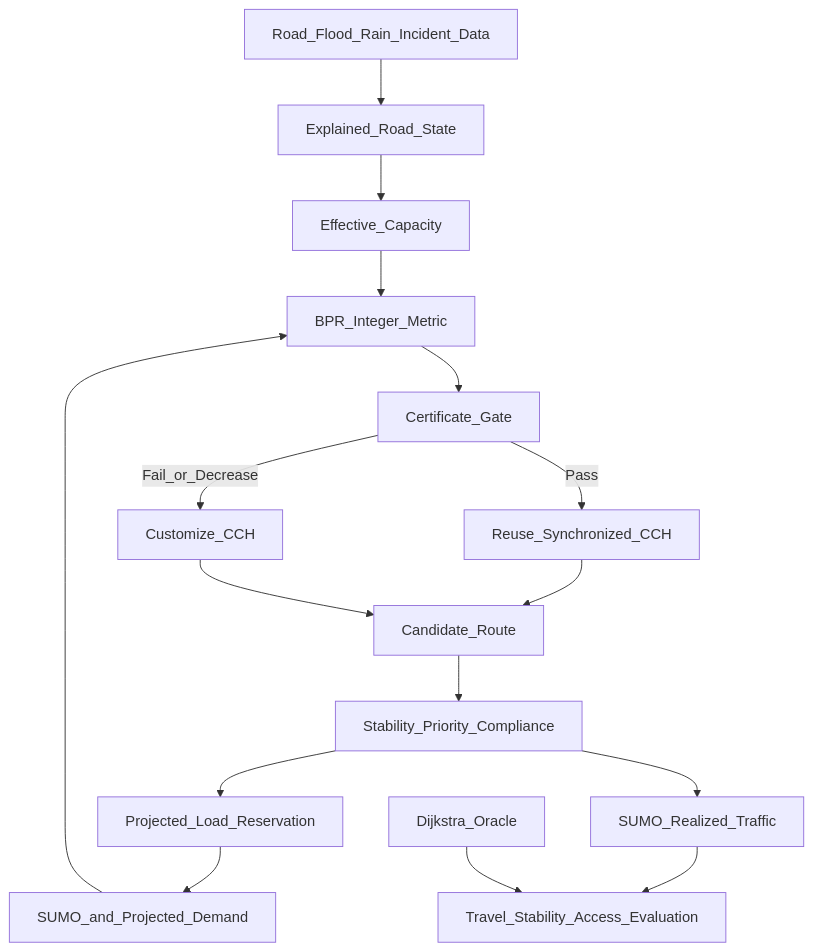
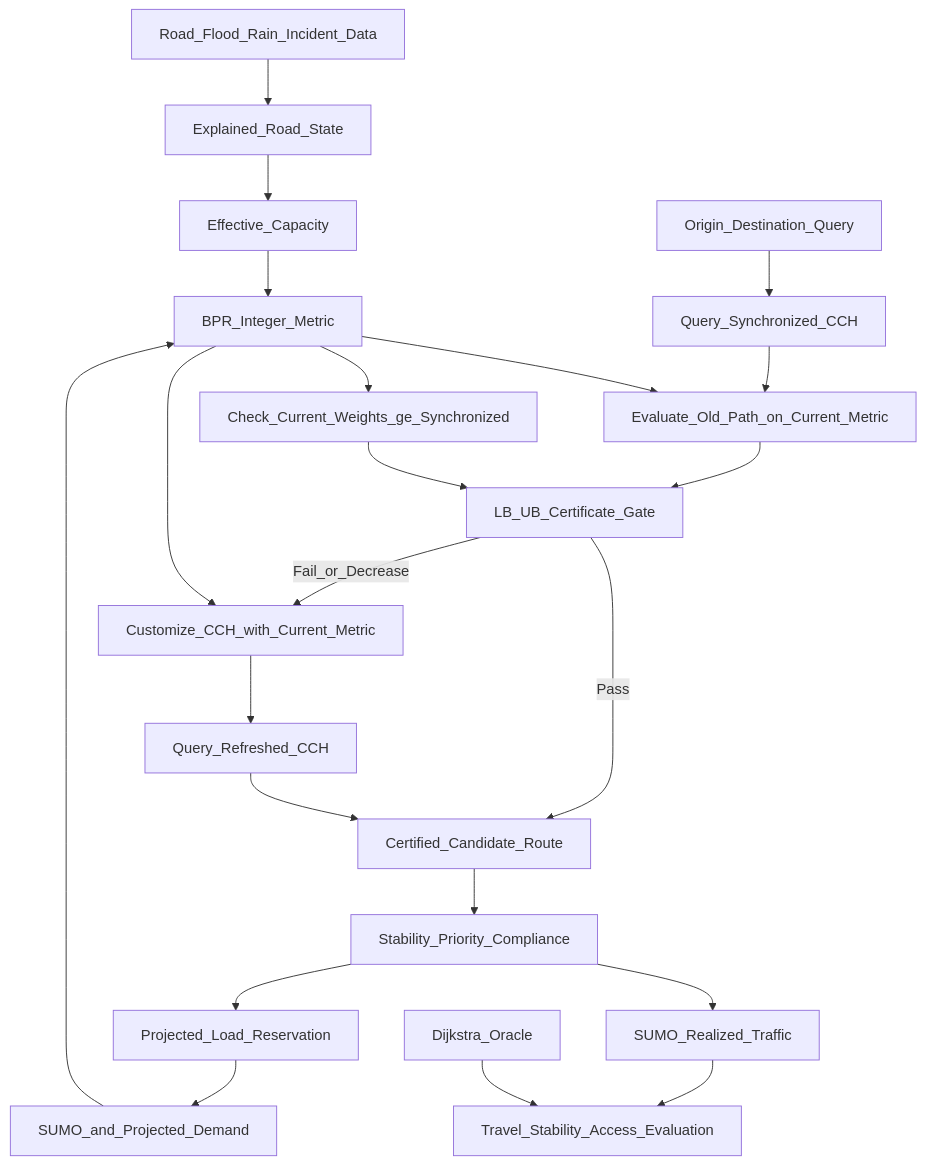
Before and after one commit to rohitmichael-alt/chennai-flood-aware-routing: the diagram in docs/PROJECT_RESEARCH_AND_EVIDENCE.md, drawn with Mermaid. The commit also changed other lines of this file and 1 other file, not shown here.

````diff
--- a/docs/PROJECT_RESEARCH_AND_EVIDENCE.md
+++ b/docs/PROJECT_RESEARCH_AND_EVIDENCE.md
@@ -437,18 +457,24 @@
 ```mermaid
 flowchart TD
     Data[Road_Flood_Rain_Incident_Data] --> State[Explained_Road_State]
     State --> Capacity[Effective_Capacity]
     Demand[SUMO_and_Projected_Demand] --> BPR[BPR_Integer_Metric]
     Capacity --> BPR
-    BPR --> Gate[Certificate_Gate]
-    Gate -->|Pass| CCHOld[Reuse_Synchronized_CCH]
-    Gate -->|Fail_or_Decrease| CCHNew[Customize_CCH]
-    CCHOld --> Candidate[Candidate_Route]
-    CCHNew --> Candidate
+    OD[Origin_Destination_Query] --> StaleQuery[Query_Synchronized_CCH]
+    StaleQuery --> PathEval[Evaluate_Old_Path_on_Current_Metric]
+    BPR --> PathEval
+    BPR --> Monotonicity[Check_Current_Weights_ge_Synchronized]
+    PathEval --> Gate[LB_UB_Certificate_Gate]
+    Monotonicity --> Gate
+    Gate -->|Pass| Candidate[Certified_Candidate_Route]
+    Gate -->|Fail_or_Decrease| Customize[Customize_CCH_with_Current_Metric]
+    BPR --> Customize
+    Customize --> FreshQuery[Query_Refreshed_CCH]
+    FreshQuery --> Candidate
     Candidate --> Policy[Stability_Priority_Compliance]
     Policy --> Reservation[Projected_Load_Reservation]
     Reservation --> Demand
     Policy --> SUMO[SUMO_Realized_Traffic]
     SUMO --> Evaluation[Travel_Stability_Access_Evaluation]
     Dijkstra[Dijkstra_Oracle] --> Evaluation
 ```
````
